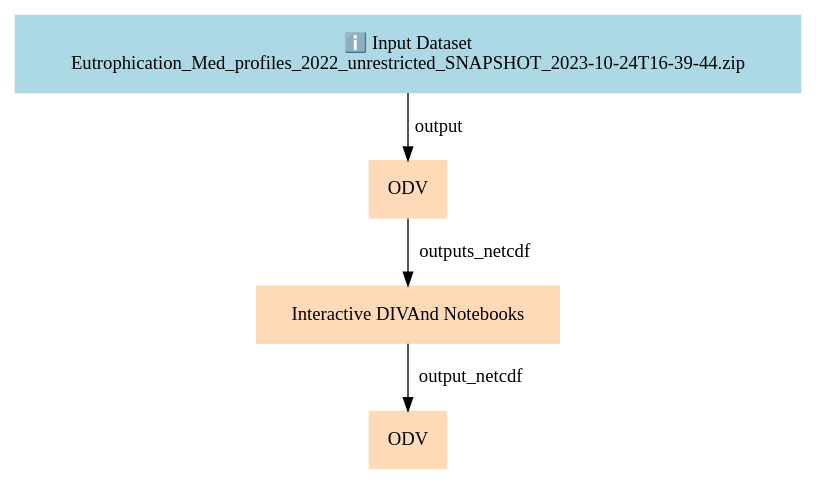
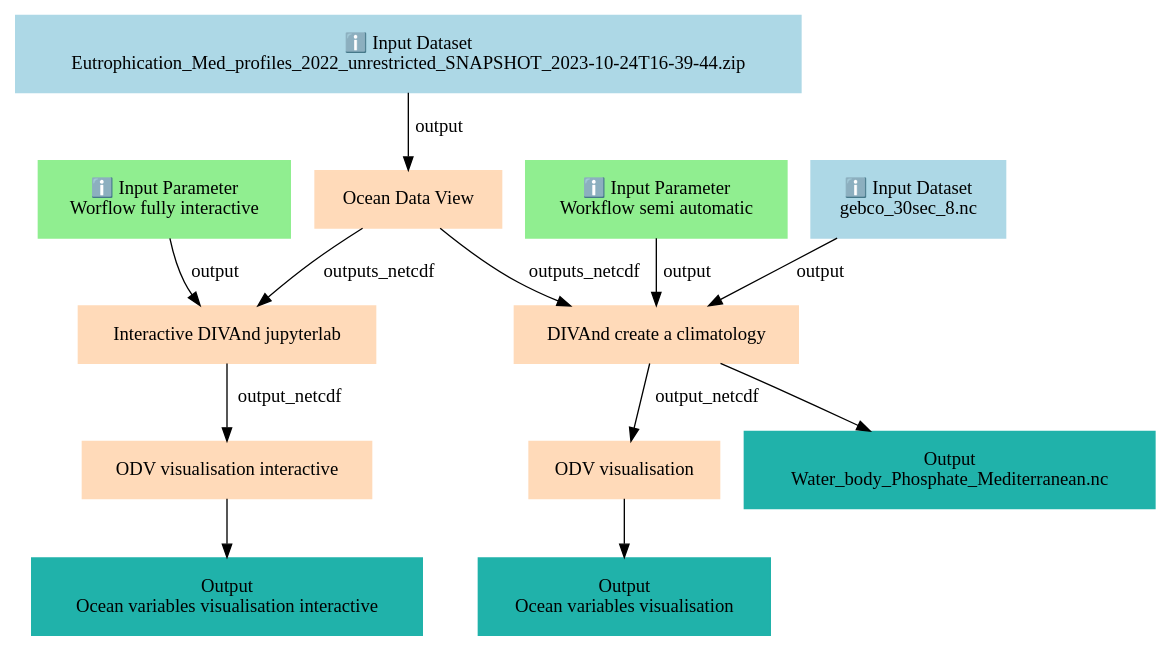
Before and after one commit to galaxyproject/training-material: the diagram in api/workflows/climate/ocean-variables/main-workflow/graph.dot, drawn with Graphviz. The commit also changed 7232 other files, not shown here.

```diff
--- a/api/workflows/climate/ocean-variables/main-workflow/graph.dot
+++ b/api/workflows/climate/ocean-variables/main-workflow/graph.dot
@@ -1,11 +1,27 @@
 digraph main {
   node [fontname="Atkinson Hyperlegible", shape=box, color=white,style=filled,color=peachpuff,margin="0.2,0.2"];
   edge [fontname="Atkinson Hyperlegible"];
-  0[color=lightblue,label="ℹ️ Input Dataset\nEutrophication_Med_profiles_2022_unrestricted_SNAPSHOT_2023-10-24T16-39-44.zip"]
-  1[label="ODV"]
-  0 -> 1 [label="output"]
-  2[label="Interactive DIVAnd Notebooks"]
-  1 -> 2 [label="outputs_netcdf"]
-  3[label="ODV"]
-  2 -> 3 [label="output_netcdf"]
+  0[color=lightgreen,label="ℹ️ Input Parameter\nWorflow fully interactive"]
+  1[color=lightblue,label="ℹ️ Input Dataset\nEutrophication_Med_profiles_2022_unrestricted_SNAPSHOT_2023-10-24T16-39-44.zip"]
+  2[color=lightgreen,label="ℹ️ Input Parameter\nWorkflow semi automatic"]
+  3[color=lightblue,label="ℹ️ Input Dataset\ngebco_30sec_8.nc"]
+  4[label="Ocean Data View"]
+  1 -> 4 [label="output"]
+  5[label="Interactive DIVAnd jupyterlab"]
+  4 -> 5 [label="outputs_netcdf"]
+  0 -> 5 [label="output"]
+  6[label="DIVAnd create a climatology"]
+  3 -> 6 [label="output"]
+  4 -> 6 [label="outputs_netcdf"]
+  2 -> 6 [label="output"]
+  k5996328287bf4432a7778a9b61dea03c[color=lightseagreen,label="Output\nWater_body_Phosphate_Mediterranean.nc"]
+  6 -> k5996328287bf4432a7778a9b61dea03c
+  7[label="ODV visualisation interactive"]
+  5 -> 7 [label="output_netcdf"]
+  kdc8316a4e57c476bb885bbe4fb84d8c7[color=lightseagreen,label="Output\nOcean variables visualisation interactive"]
+  7 -> kdc8316a4e57c476bb885bbe4fb84d8c7
+  8[label="ODV visualisation"]
+  6 -> 8 [label="output_netcdf"]
+  k7b0722535bf9434fb06a70b375ddaa03[color=lightseagreen,label="Output\nOcean variables visualisation"]
+  8 -> k7b0722535bf9434fb06a70b375ddaa03
 }
```
